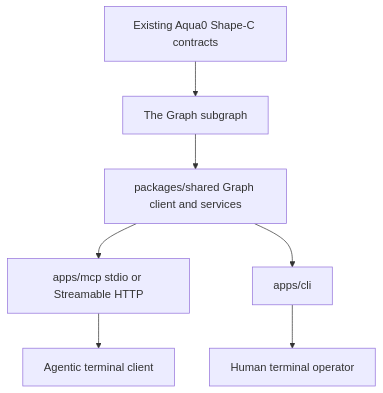
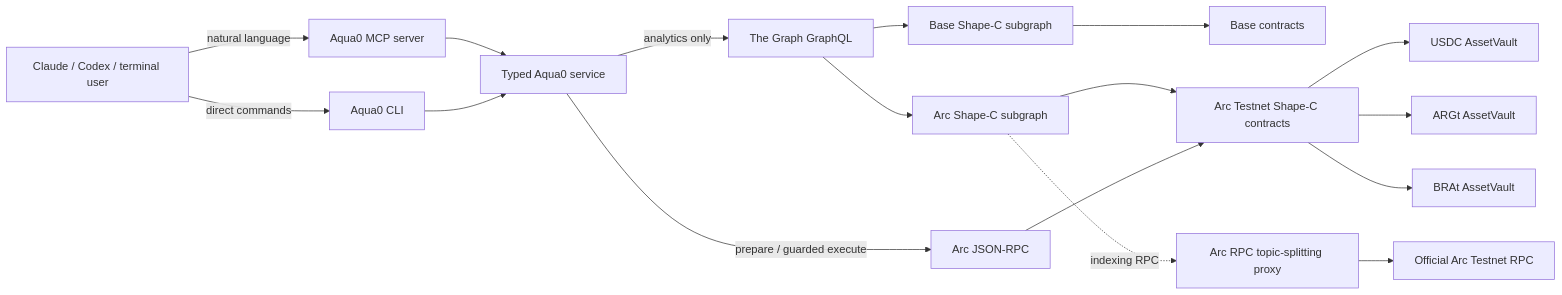
Before and after one commit to Aqua0-fi/aqua0-ethglobal: the diagram in docs/ARCHITECTURE.md, drawn with Mermaid. The commit also changed other lines of this file and 2 other files, not shown here.

Commit message:
docs: document architecture and continuity scope

````diff
--- a/docs/ARCHITECTURE.md
+++ b/docs/ARCHITECTURE.md
@@ -9,17 +3,25 @@
 ```mermaid
-flowchart TD
-  Contracts[Existing Aqua0 Shape-C contracts]
-  Graph[The Graph subgraph]
-  Shared[packages/shared Graph client and services]
-  MCP[apps/mcp stdio or Streamable HTTP]
-  CLI[apps/cli]
-  Agent[Agentic terminal client]
-  Human[Human terminal operator]
+flowchart LR
+  U[Claude / Codex / terminal user] -->|natural language| M[Aqua0 MCP server]
+  U -->|direct commands| C[Aqua0 CLI]
 
-  Contracts --> Graph
-  Graph --> Shared
-  Shared --> MCP
-  Shared --> CLI
-  MCP --> Agent
-  CLI --> Human
+  M --> S[Typed Aqua0 service]
+  C --> S
+
+  S -->|analytics only| G[The Graph GraphQL]
+  G --> B[Base Shape-C subgraph]
+  G --> A[Arc Shape-C subgraph]
+
+  B --> BN[Base contracts]
+  A --> AN[Arc Testnet Shape-C contracts]
+
+  S -->|prepare / guarded execute| R[Arc JSON-RPC]
+  R --> AN
+
+  AN --> V1[USDC AssetVault]
+  AN --> V2[ARGt AssetVault]
+  AN --> V3[BRAt AssetVault]
+
+  P[Arc RPC topic-splitting proxy] --> ARPC[Official Arc Testnet RPC]
+  A -. indexing RPC .-> P
 ```
````
